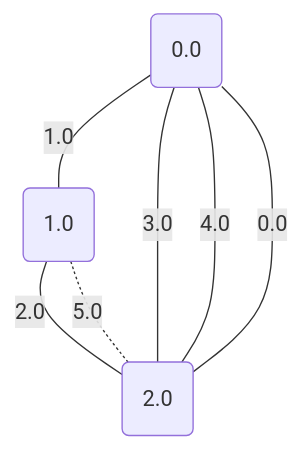
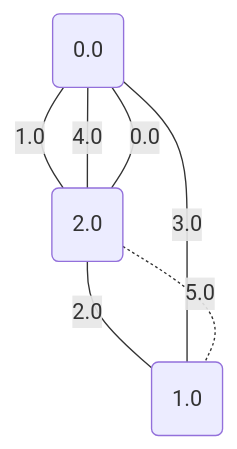
The fourth of 5 diagrams in project/src/testing/minCut.md (metury/graphs), drawn with Mermaid before and after one commit. The commit also changed other lines of this file and 52 other files, not shown here.

````diff
--- a/project/src/testing/minCut.md
+++ b/project/src/testing/minCut.md
@@ -66,12 +66,12 @@
 ```mermaid
 graph TD;
 0("0.0");
 1("1.0");
 2("2.0");
 	2 -- "0.0" --- 0;
-	0 -- "1.0" --- 1;
-	1 -- "2.0" --- 2;
-	0 -- "3.0" --- 2;
+	0 -- "1.0" --- 2;
+	2 -- "2.0" --- 1;
+	0 -- "3.0" --- 1;
 	0 -- "4.0" --- 2;
-	1 -. "5.0" -.- 2;
+	2 -. "5.0" -.- 1;
 ```
````
